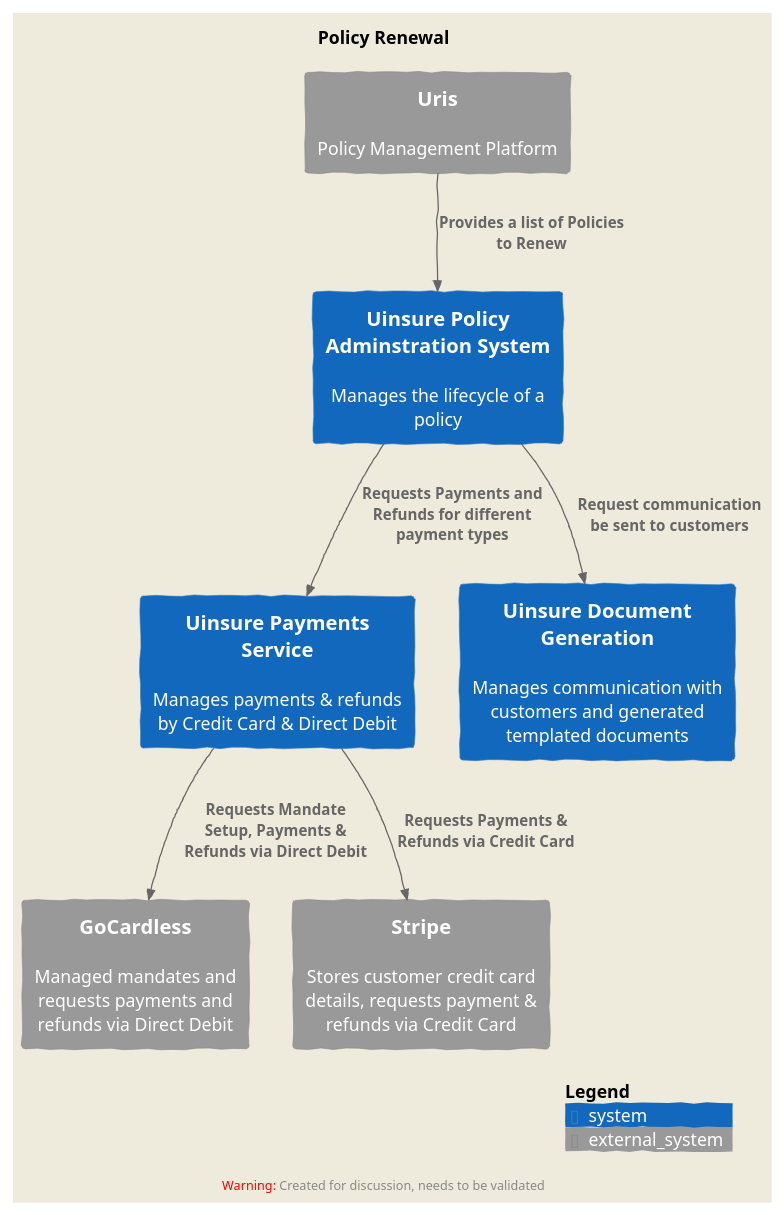
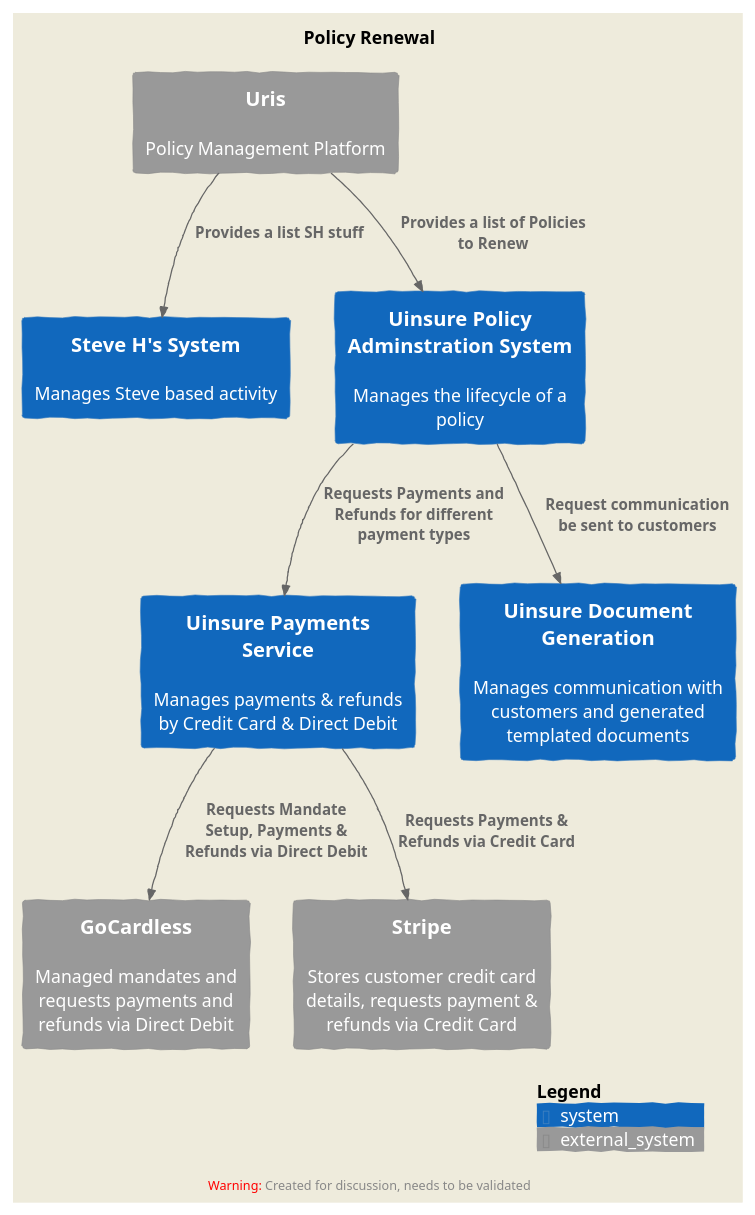
The diagram in docs/008-DraftRenewalDiagrams/C4-C1-SystemContextDiagram.puml (stevehibbott/docs-poc), drawn with PlantUML before and after one commit.

Commit message:
made a change

```diff
--- a/docs/008-DraftRenewalDiagrams/C4-C1-SystemContextDiagram.puml
+++ b/docs/008-DraftRenewalDiagrams/C4-C1-SystemContextDiagram.puml
@@ -1,24 +1,26 @@
 @startuml C4_Elements
 !include https://raw.githubusercontent.com/plantuml-stdlib/C4-PlantUML/master/C4_Context.puml
 LAYOUT_AS_SKETCH()
 
 title Policy Renewal
 
 System_Ext(uris, "Uris", "Policy Management Platform")
+System(mySystem, "Steve H's System", "Manages Steve based activity")
 System(policyAdministration, "Uinsure Policy Adminstration System", "Manages the lifecycle of a policy")
 System(paymentService, "Uinsure Payments Service", "Manages payments & refunds by Credit Card & Direct Debit")
 System(docGen, "Uinsure Document Generation", "Manages communication with customers and generated templated documents")
 
 System_Ext(gocardless, "GoCardless", "Managed mandates and requests payments and refunds via Direct Debit")
 System_Ext(stripe, "Stripe", "Stores customer credit card details, requests payment & refunds via Credit Card")
 
 Rel(uris, policyAdministration, "Provides a list of Policies to Renew")
+Rel(uris, mySystem, "Provides a list SH stuff")
 Rel(policyAdministration, paymentService, "Requests Payments and Refunds for different payment types")
 Rel(policyAdministration, docGen, "Request communication be sent to customers")
 Rel(paymentService, gocardless, "Requests Mandate Setup, Payments & Refunds via Direct Debit")
 Rel(paymentService, stripe, "Requests Payments & Refunds via Credit Card")
 
 'Include Ratings Engine
 SHOW_LEGEND()
 
 @enduml
```
